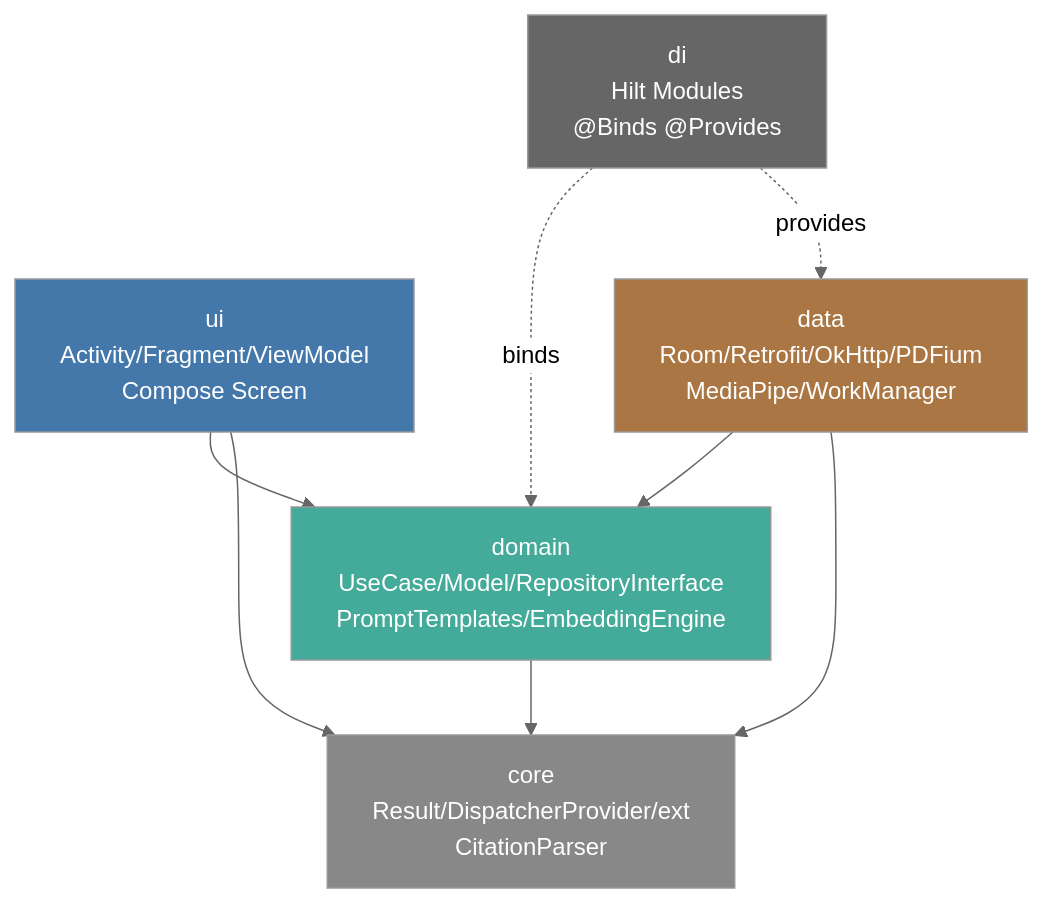
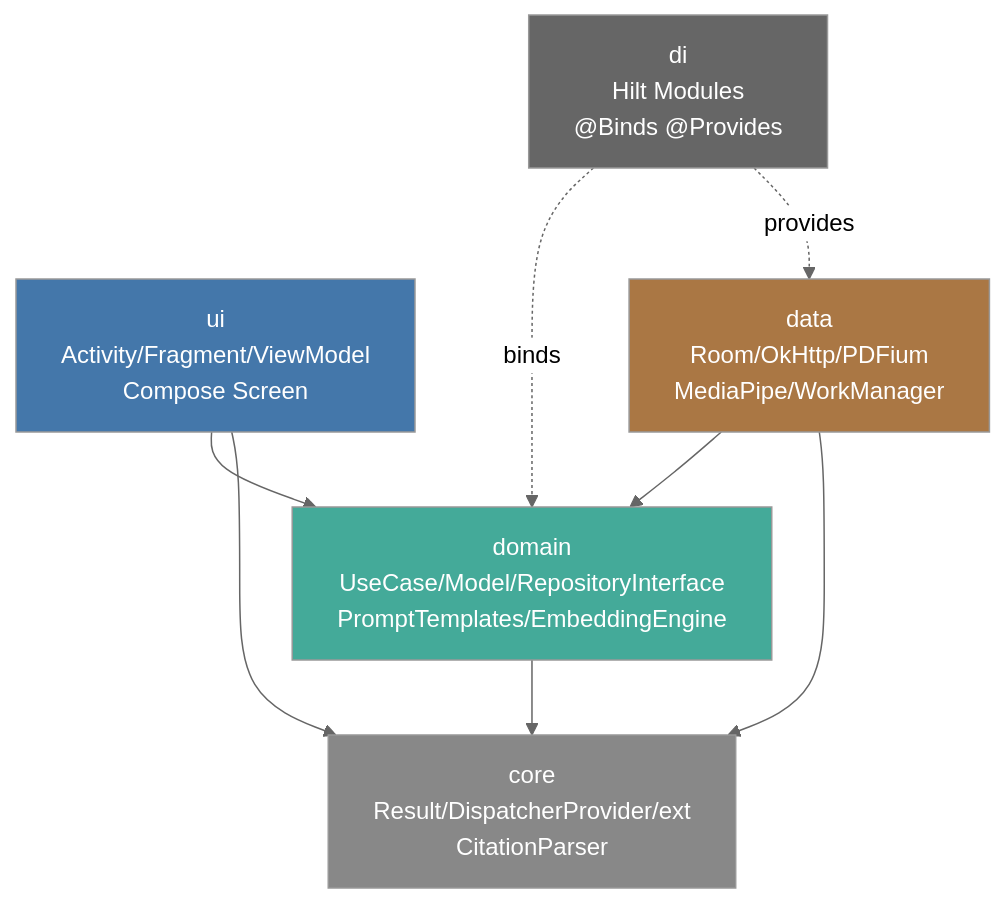
Before and after one commit to stuid-maker/pocketpdf-android: the first of 21 diagrams in docs/ARCHITECTURE.md, drawn with Mermaid (neutral theme). The commit also changed other lines of this file and 92 other files, not shown here.

````diff
--- a/docs/ARCHITECTURE.md
+++ b/docs/ARCHITECTURE.md
@@ -40,18 +40,18 @@
 ```mermaid
 graph TD
     UI[ui<br/>Activity/Fragment/ViewModel<br/>Compose Screen] --> DOMAIN
     DI[di<br/>Hilt Modules<br/>@Binds @Provides] -.binds.-> DOMAIN
     DI -.provides.-> DATA
-    DATA[data<br/>Room/Retrofit/OkHttp/PDFium<br/>MediaPipe/WorkManager] --> DOMAIN
+    DATA[data<br/>Room/OkHttp/PDFium<br/>MediaPipe/WorkManager] --> DOMAIN
     DOMAIN[domain<br/>UseCase/Model/RepositoryInterface<br/>PromptTemplates/EmbeddingEngine]
     UI --> CORE
     DATA --> CORE
     DOMAIN --> CORE
     CORE[core<br/>Result/DispatcherProvider/ext<br/>CitationParser]
     
     style DOMAIN fill:#4a9,color:#fff
     style UI fill:#47a,color:#fff
     style DATA fill:#a74,color:#fff
     style DI fill:#666,color:#fff
     style CORE fill:#888,color:#fff
 ```
````
